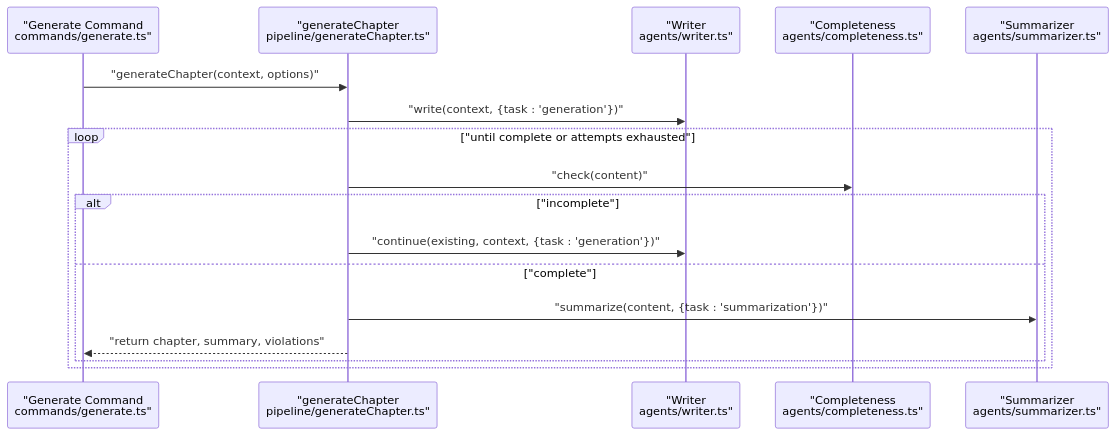
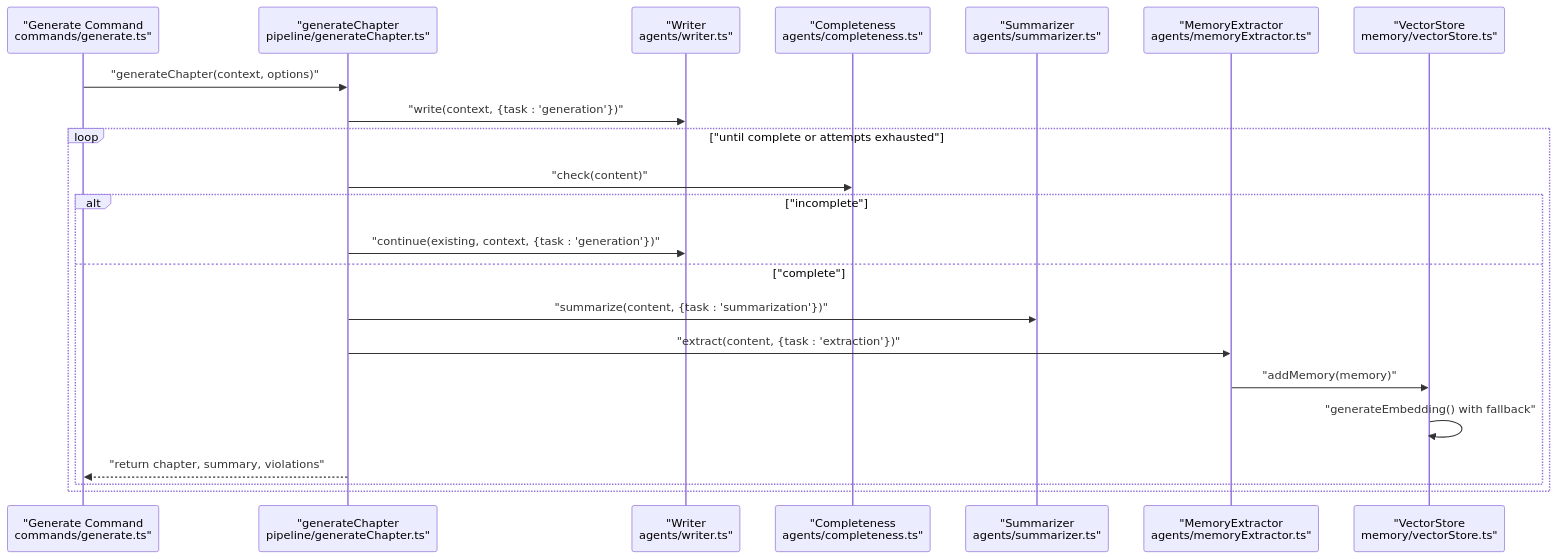
The fifth of 7 diagrams in .qoder/repowiki/en/content/Engine Architecture/LLM Integration Layer.md (liwonder/NARRITIVE_OS), drawn with Mermaid before and after one commit. The commit also changed other lines of this file and 78 other files, not shown here.

````diff
--- a/.qoder/repowiki/en/content/Engine Architecture/LLM Integration Layer.md
+++ b/.qoder/repowiki/en/content/Engine Architecture/LLM Integration Layer.md
@@ -275,19 +311,24 @@
 ```mermaid
 sequenceDiagram
 participant CLI as "Generate Command<br/>commands/generate.ts"
 participant Pipe as "generateChapter<br/>pipeline/generateChapter.ts"
 participant W as "Writer<br/>agents/writer.ts"
 participant C as "Completeness<br/>agents/completeness.ts"
 participant S as "Summarizer<br/>agents/summarizer.ts"
+participant ME as "MemoryExtractor<br/>agents/memoryExtractor.ts"
+participant VS as "VectorStore<br/>memory/vectorStore.ts"
 CLI->>Pipe : "generateChapter(context, options)"
 Pipe->>W : "write(context, {task : 'generation'})"
 loop "until complete or attempts exhausted"
 Pipe->>C : "check(content)"
 alt "incomplete"
 Pipe->>W : "continue(existing, context, {task : 'generation'})"
 else "complete"
 Pipe->>S : "summarize(content, {task : 'summarization'})"
+Pipe->>ME : "extract(content, {task : 'extraction'})"
+ME->>VS : "addMemory(memory)"
+VS->>VS : "generateEmbedding() with fallback"
 Pipe-->>CLI : "return chapter, summary, violations"
 end
 end
 ```
````
